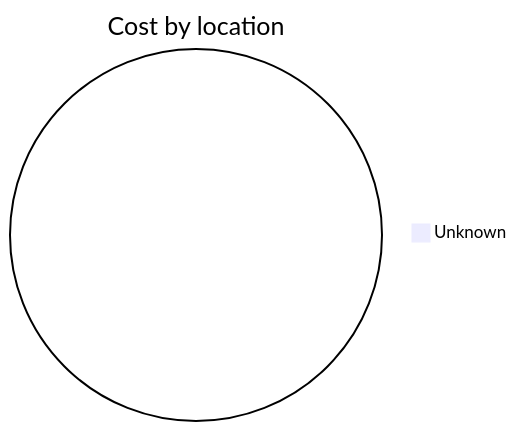
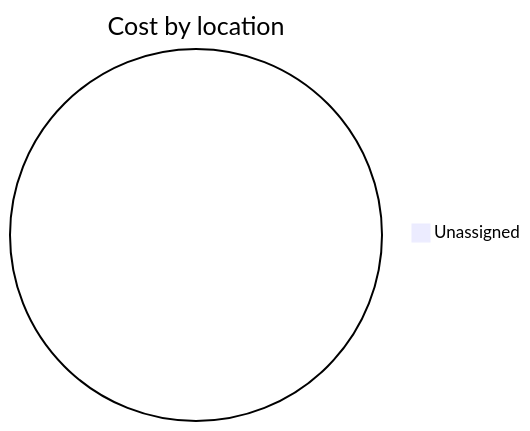
The third of 4 diagrams in cost-reports/personal-site/jpatrickfulton.onmicrosoft.com.md (jpfulton/azure-personal-reports), drawn with Mermaid before and after one commit. The commit also changed other lines of this file and 7 other files, not shown here.

````diff
--- a/cost-reports/personal-site/jpatrickfulton.onmicrosoft.com.md
+++ b/cost-reports/personal-site/jpatrickfulton.onmicrosoft.com.md
@@ -47,5 +47,5 @@
 ```mermaid
 pie
    title Cost by location
-   "Unknown" : 0.00
+   "Unassigned" : 0.00
 ```
````
